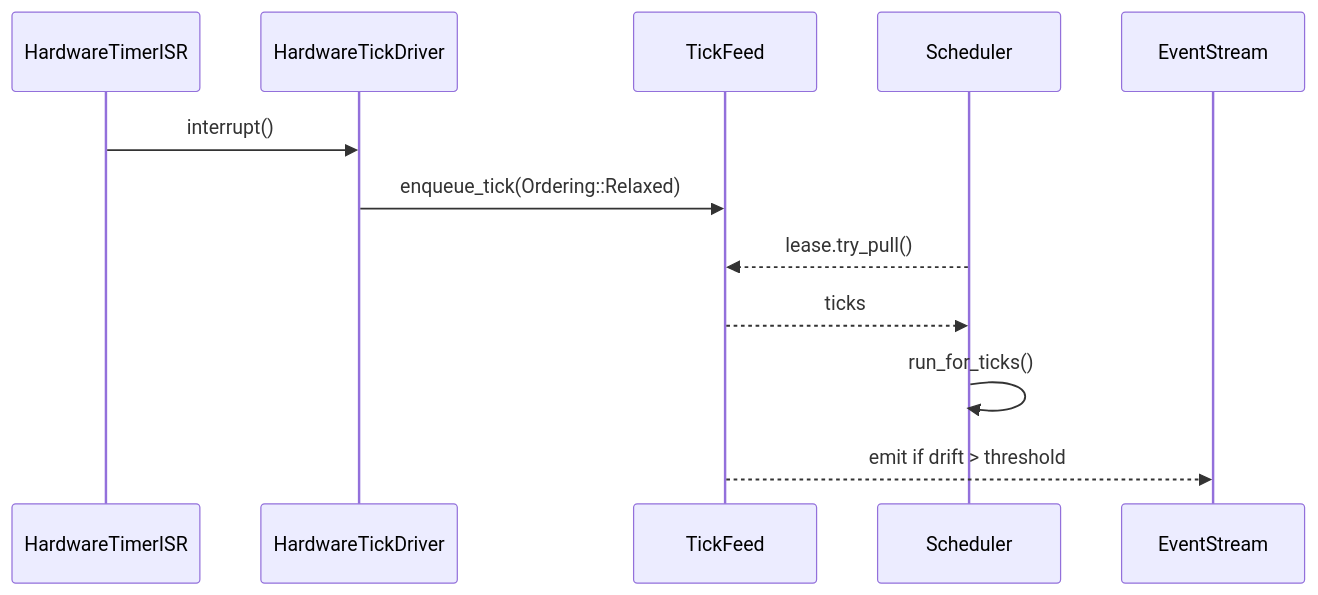
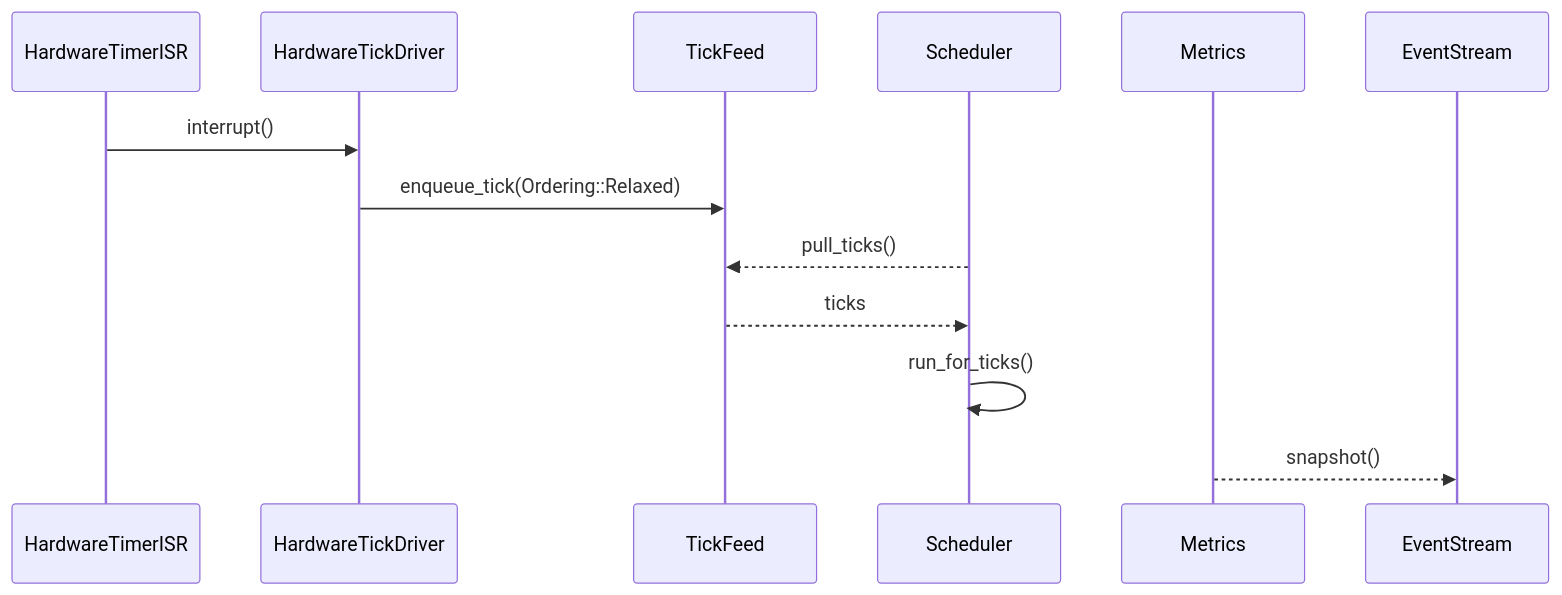
Before and after one commit to j5ik2o/fraktor-rs: the third of 4 diagrams in .kiro/specs/scheduler-tick-driver-integration/design.md, drawn with Mermaid. The commit also changed other lines of this file, not shown here.

Commit message:
feat: refactor TickDriver architecture and update metrics handling

````diff
--- a/.kiro/specs/scheduler-tick-driver-integration/design.md
+++ b/.kiro/specs/scheduler-tick-driver-integration/design.md
@@ -108,13 +106,13 @@
 ```mermaid
 sequenceDiagram
   participant HAL as HardwareTimerISR
   participant Driver as HardwareTickDriver
   participant Feed as TickFeed
   participant Scheduler as Scheduler
   HAL->>Driver: interrupt()
   Driver->>Feed: enqueue_tick(Ordering::Relaxed)
-  Scheduler-->>Feed: lease.try_pull()
+  Scheduler-->>Feed: pull_ticks()
   Feed-->>Scheduler: ticks
   Scheduler->>Scheduler: run_for_ticks()
-  Feed-->>EventStream: emit if drift > threshold
+  Metrics-->>EventStream: snapshot()
 ```
````
